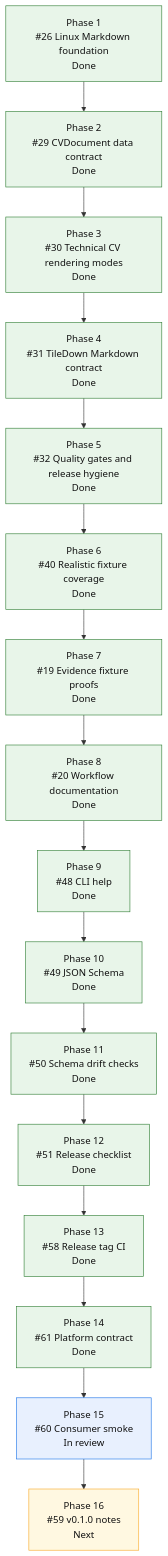
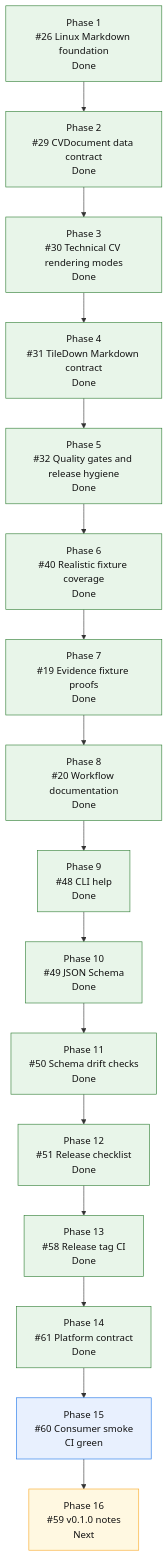
One commit to mihaelamj/cvbuilder changed the diagram in README.md. Above: the diagram before and after it, drawn with Mermaid. The commit also changed 1 other file, not shown here.

Commit message:
docs(roadmap): mark consumer smoke CI green

````diff
--- a/README.md
+++ b/README.md
@@ -167,32 +167,32 @@
 ```mermaid
 flowchart TD
     P1["Phase 1<br/>#26 Linux Markdown foundation<br/>Done"]
     P2["Phase 2<br/>#29 CVDocument data contract<br/>Done"]
     P3["Phase 3<br/>#30 Technical CV rendering modes<br/>Done"]
     P4["Phase 4<br/>#31 TileDown Markdown contract<br/>Done"]
     P5["Phase 5<br/>#32 Quality gates and release hygiene<br/>Done"]
     P6["Phase 6<br/>#40 Realistic fixture coverage<br/>Done"]
     P7["Phase 7<br/>#19 Evidence fixture proofs<br/>Done"]
     P8["Phase 8<br/>#20 Workflow documentation<br/>Done"]
     P9["Phase 9<br/>#48 CLI help<br/>Done"]
     P10["Phase 10<br/>#49 JSON Schema<br/>Done"]
     P11["Phase 11<br/>#50 Schema drift checks<br/>Done"]
     P12["Phase 12<br/>#51 Release checklist<br/>Done"]
     P13["Phase 13<br/>#58 Release tag CI<br/>Done"]
     P14["Phase 14<br/>#61 Platform contract<br/>Done"]
-    P15["Phase 15<br/>#60 Consumer smoke<br/>In review"]
+    P15["Phase 15<br/>#60 Consumer smoke<br/>CI green"]
     P16["Phase 16<br/>#59 v0.1.0 notes<br/>Next"]
 
     P1 --> P2 --> P3 --> P4 --> P5 --> P6 --> P7 --> P8 --> P9 --> P10 --> P11 --> P12 --> P13 --> P14 --> P15 --> P16
 
     classDef done fill:#e8f5e9,stroke:#2e7d32,color:#111;
     classDef active fill:#fff3e0,stroke:#ef6c00,color:#111;
     classDef review fill:#e8f0fe,stroke:#1a73e8,color:#111;
     classDef next fill:#fff8e1,stroke:#f9a825,color:#111;
     classDef partial fill:#e0f7fa,stroke:#00838f,color:#111;
     classDef todo fill:#eef3ff,stroke:#3367d6,color:#111;
     class P1,P2,P3,P4 done;
     class P5,P6,P7,P8,P9,P10,P11,P12,P13,P14 done;
     class P15 review;
     class P16 next;
 ```
````
